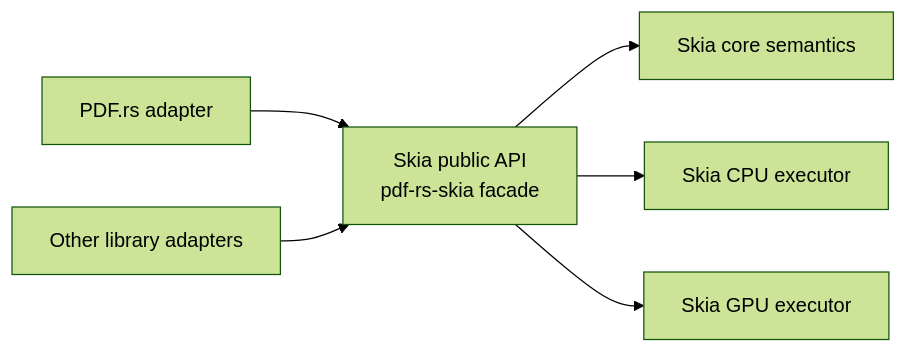
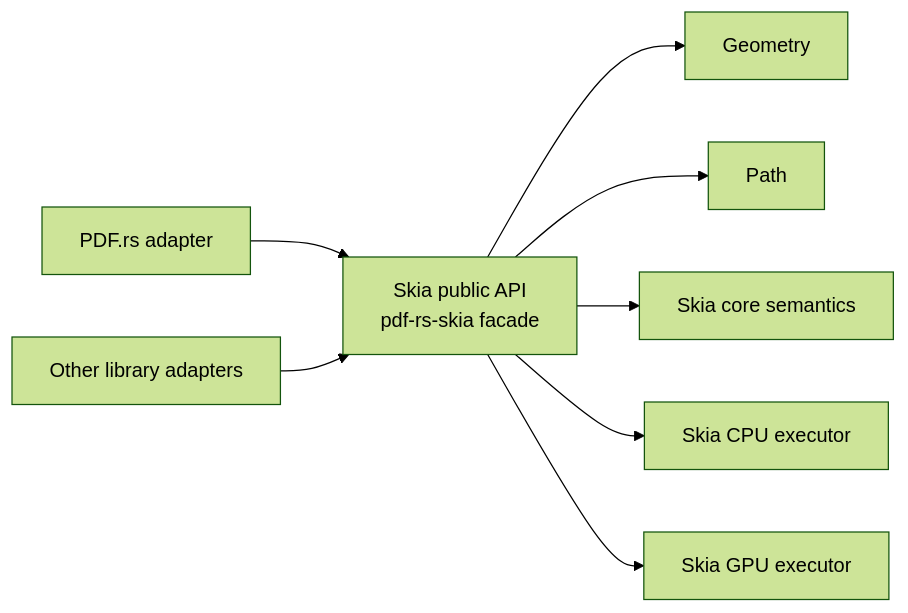
The diagram in skia/README.md (chogng/PDF.rs), drawn with Mermaid (forest theme) before and after one commit. The commit also changed other lines of this file and 32 other files, not shown here.

````diff
--- a/skia/README.md
+++ b/skia/README.md
@@ -8,8 +8,10 @@
 ```mermaid
 flowchart LR
   pdf["PDF.rs adapter"] --> api["Skia public API\npdf-rs-skia facade"]
   other["Other library adapters"] --> api
+  api --> geometry["Geometry"]
+  api --> path["Path"]
   api --> core["Skia core semantics"]
   api --> cpu["Skia CPU executor"]
   api --> gpu["Skia GPU executor"]
 ```
````
